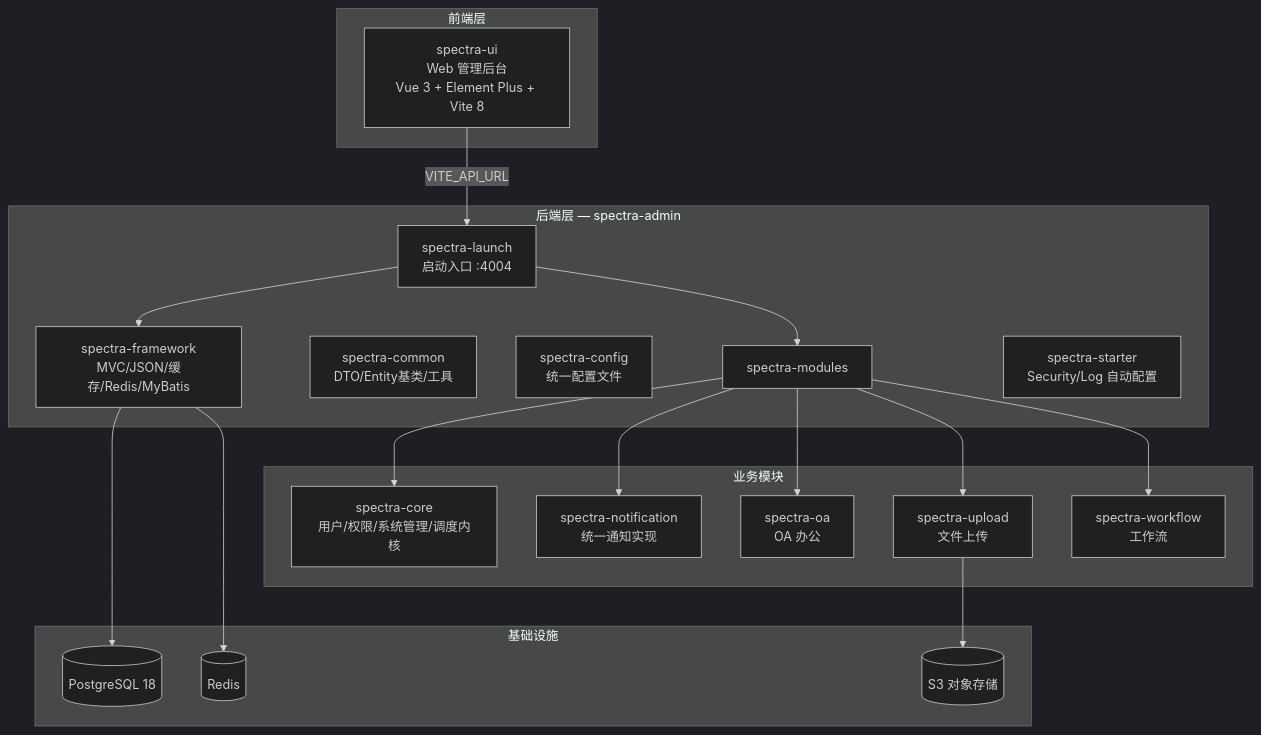
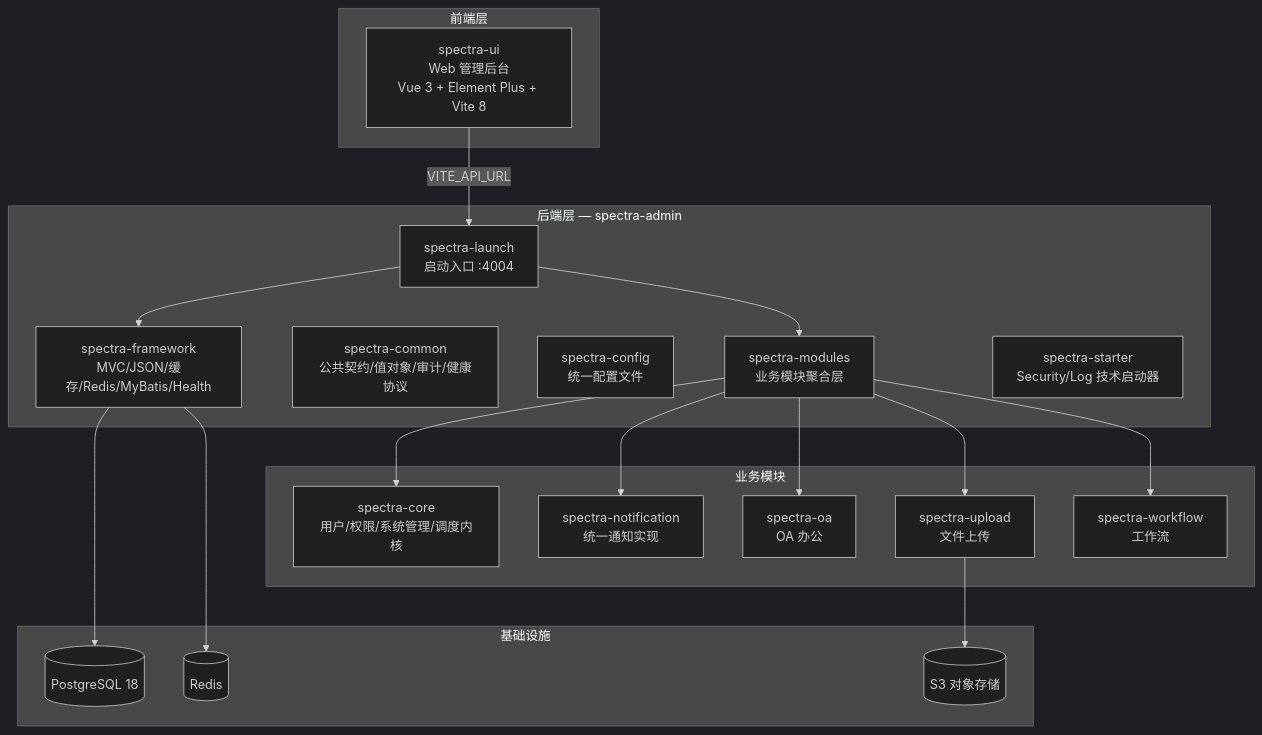
One commit to yangxj96/spectra-docs changed the diagram in docs/00-项目总览.md. Above: the diagram before and after it, drawn with Mermaid (dark theme). The commit also changed other lines of this file and 29 other files, not shown here.

````diff
--- a/docs/00-项目总览.md
+++ b/docs/00-项目总览.md
@@ -22,41 +24,41 @@
 ```mermaid
 graph TB
     subgraph "前端层"
         UI["spectra-ui<br/>Web 管理后台<br/>Vue 3 + Element Plus + Vite 8"]
     end
 
     subgraph "后端层 — spectra-admin"
         LAUNCH["spectra-launch<br/>启动入口 :4004"]
-        FW["spectra-framework<br/>MVC/JSON/缓存/Redis/MyBatis"]
-        COMMON["spectra-common<br/>DTO/Entity基类/工具"]
+        FW["spectra-framework<br/>MVC/JSON/缓存/Redis/MyBatis/Health"]
+        COMMON["spectra-common<br/>公共契约/值对象/审计/健康协议"]
         CONFIG["spectra-config<br/>统一配置文件"]
-        MODULES["spectra-modules"]
-        STARTER["spectra-starter<br/>Security/Log 自动配置"]
+        MODULES["spectra-modules<br/>业务模块聚合层"]
+        STARTER["spectra-starter<br/>Security/Log 技术启动器"]
     end
 
     subgraph "业务模块"
         CORE["spectra-core<br/>用户/权限/系统管理/调度内核"]
         NOTIFY["spectra-notification<br/>统一通知实现"]
         OA["spectra-oa<br/>OA 办公"]
         UPLOAD["spectra-upload<br/>文件上传"]
         WF["spectra-workflow<br/>工作流"]
     end
 
     subgraph "基础设施"
         PG[("PostgreSQL 18")]
         REDIS[("Redis")]
         S3[("S3 对象存储")]
     end
 
-    UI -->|"VITE_API_URL"| LAUNCH
+UI -->|"VITE_API_URL"| LAUNCH
     LAUNCH --> FW
     LAUNCH --> MODULES
     MODULES --> CORE
     MODULES --> NOTIFY
     MODULES --> OA
     MODULES --> UPLOAD
     MODULES --> WF
     FW --> PG
     FW --> REDIS
-    UPLOAD --> S3
+UPLOAD --> S3
 ```
````
